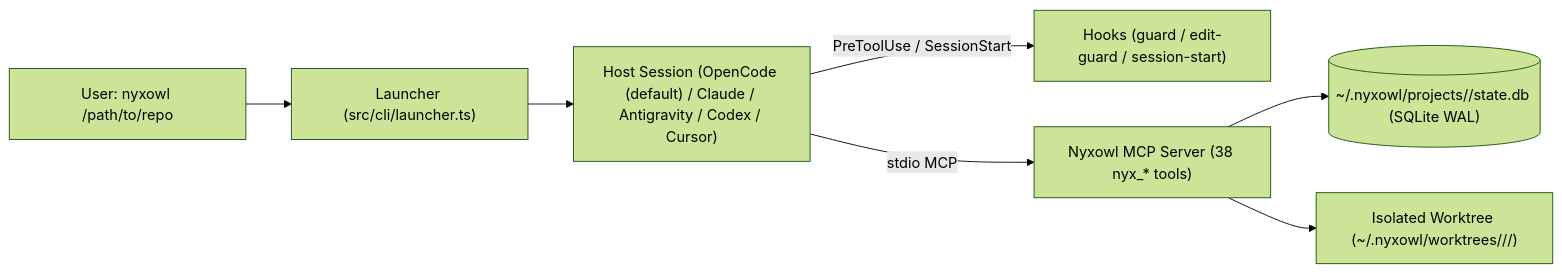
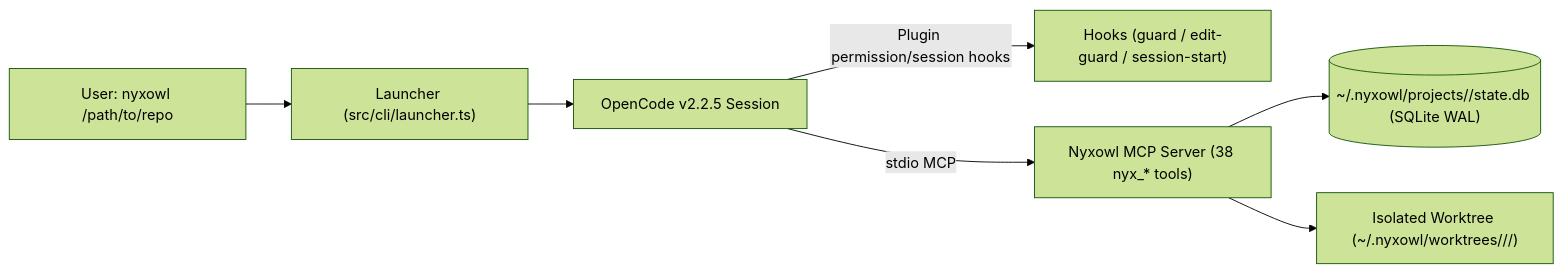
One commit to nightowl6am-lab/nyxowl changed the diagram in docs/architecture.md. Above: the diagram before and after it, drawn with Mermaid (forest theme). The commit also changed other lines of this file and 218 other files, not shown here.

First line of the commit message:
feat: make Nyxowl OpenCode-only with per-agent skill slots

````diff
--- a/docs/architecture.md
+++ b/docs/architecture.md
@@ -10,9 +10,9 @@
 ```mermaid
 flowchart LR
     U["User: nyxowl /path/to/repo"] --> L["Launcher (src/cli/launcher.ts)"]
-    L --> H["Host Session (OpenCode (default) / Claude / Antigravity / Codex / Cursor)"]
-    H -- "PreToolUse / SessionStart" --> HK["Hooks (guard / edit-guard / session-start)"]
+    L --> H["OpenCode v2.2.5 Session"]
+    H -- "Plugin permission/session hooks" --> HK["Hooks (guard / edit-guard / session-start)"]
     H -- "stdio MCP" --> M["Nyxowl MCP Server (38 nyx_* tools)"]
     M --> DB[("~/.nyxowl/projects/<repo-id>/state.db (SQLite WAL)")]
     M --> WT["Isolated Worktree (~/.nyxowl/worktrees/<repo-id>/<slug>/)"]
 ```
````
